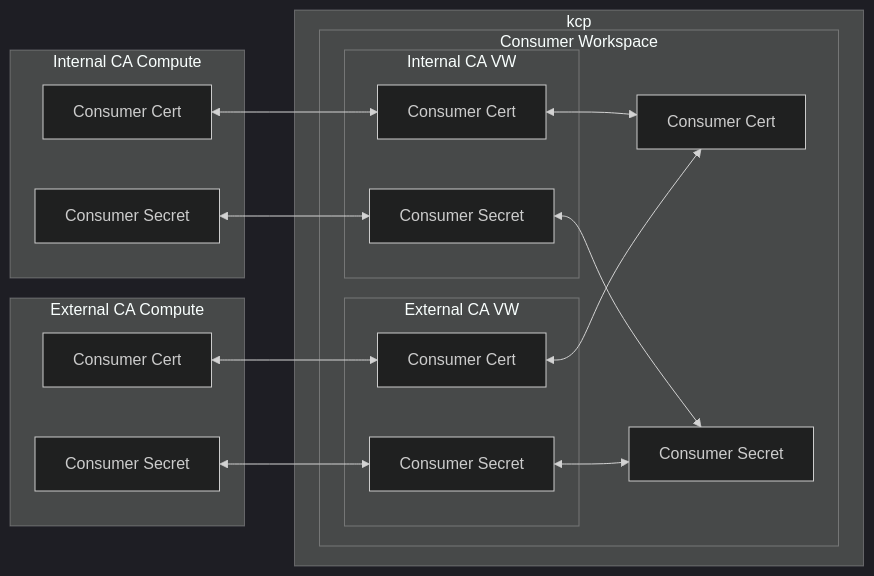
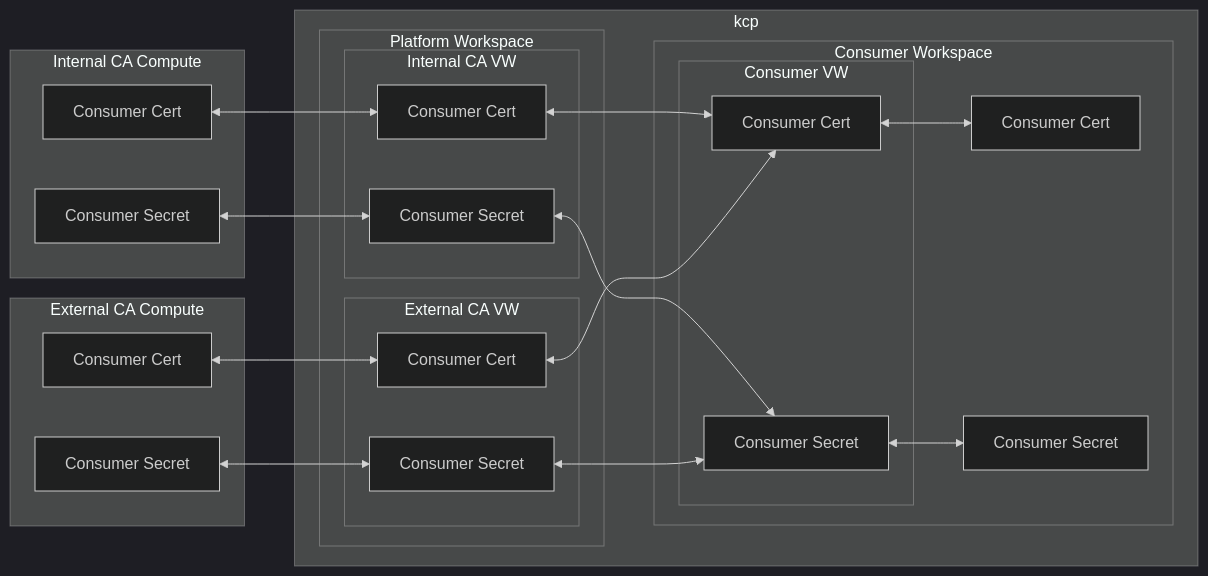
Before and after one commit to ntnn/resource-broker: the diagram in mkl.mermaid, drawn with Mermaid (dark theme). The commit also changed 2 other files, not shown here.

```diff
--- a/mkl.mermaid
+++ b/mkl.mermaid
@@ -1,53 +1,62 @@
 flowchart LR
 
 subgraph internalca[Internal CA Compute]
     %% internalop[Operator]
     internalcert[Consumer Cert]
     internalsecret[Consumer Secret]
 end
 %% internalop --> internalCertExport
 internalcert <--> consumerCertInt
 internalsecret <--> consumerSecretInt
 
 subgraph externalca[External CA Compute]
     %% externalop[Operator]
     externalcert[Consumer Cert]
     externalsecret[Consumer Secret]
 end
 %% externalop --> externalCertExport
 externalcert <--> consumerCertExt
 externalsecret <--> consumerSecretExt
 
 
 subgraph kcp
 
     %% subgraph internalws[Internal CA Workspace]
     %%     internalCertExport[Internal CA APIExport]
     %% end
     %% internalCertExport --> internalvw
 
     %% subgraph externalws[External CA Workspace]
     %%     externalCertExport[External CA APIExport]
     %% end
     %% externalCertExport --> externalvw
 
-    subgraph consumer[Consumer Workspace]
+    subgraph platform[Platform Workspace]
         subgraph internalvw[Internal CA VW]
             consumerCertInt[Consumer Cert]
             consumerSecretInt[Consumer Secret]
         end
 
         subgraph externalvw[External CA VW]
             consumerCertExt[Consumer Cert]
             consumerSecretExt[Consumer Secret]
         end
+    end
+
+    subgraph consumer[Consumer Workspace]
+        subgraph consumervw[Consumer VW]
+            consumerCertVW[Consumer Cert]
+            consumerSecretVW[Consumer Secret]
+        end
+        consumerCertInt <--> consumerCertVW
+        consumerSecretInt <--> consumerSecretVW
+        consumerCertExt <--> consumerCertVW
+        consumerSecretExt <--> consumerSecretVW
 
         consumerCert[Consumer Cert]
-        consumerCertInt <--> consumerCert
-        consumerCertExt <--> consumerCert
+        consumerCertVW <--> consumerCert
         consumerSecret[Consumer Secret]
-        consumerSecretInt <--> consumerSecret
-        consumerSecretExt <--> consumerSecret
+        consumerSecretVW <--> consumerSecret
     end
 
 end
```
